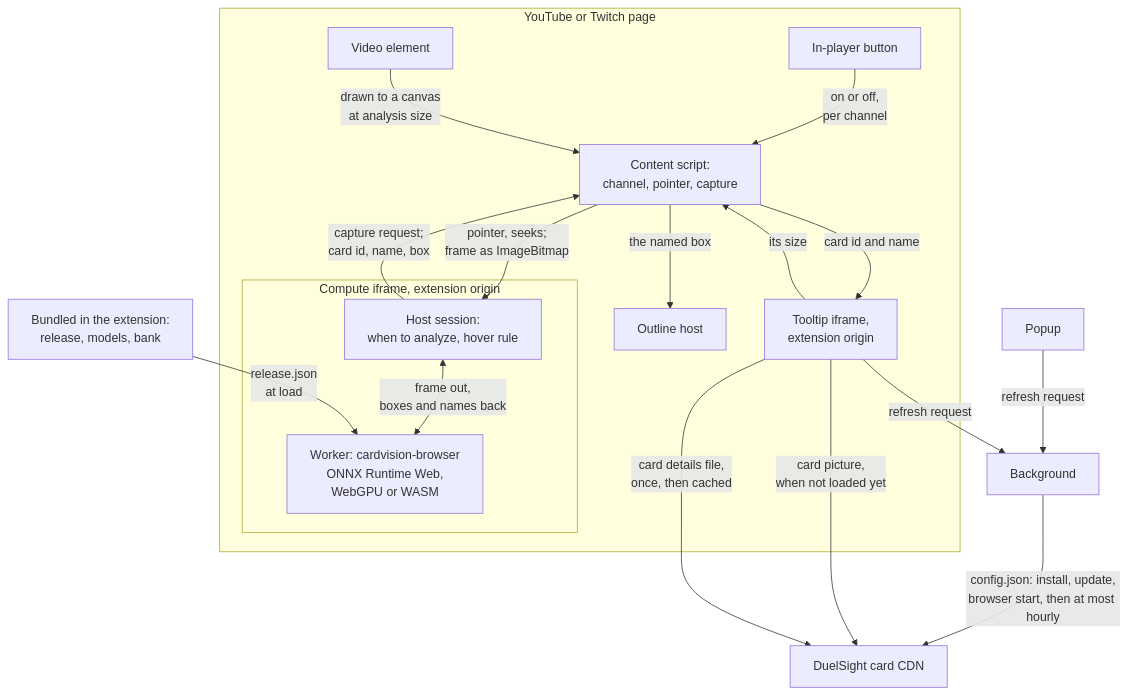
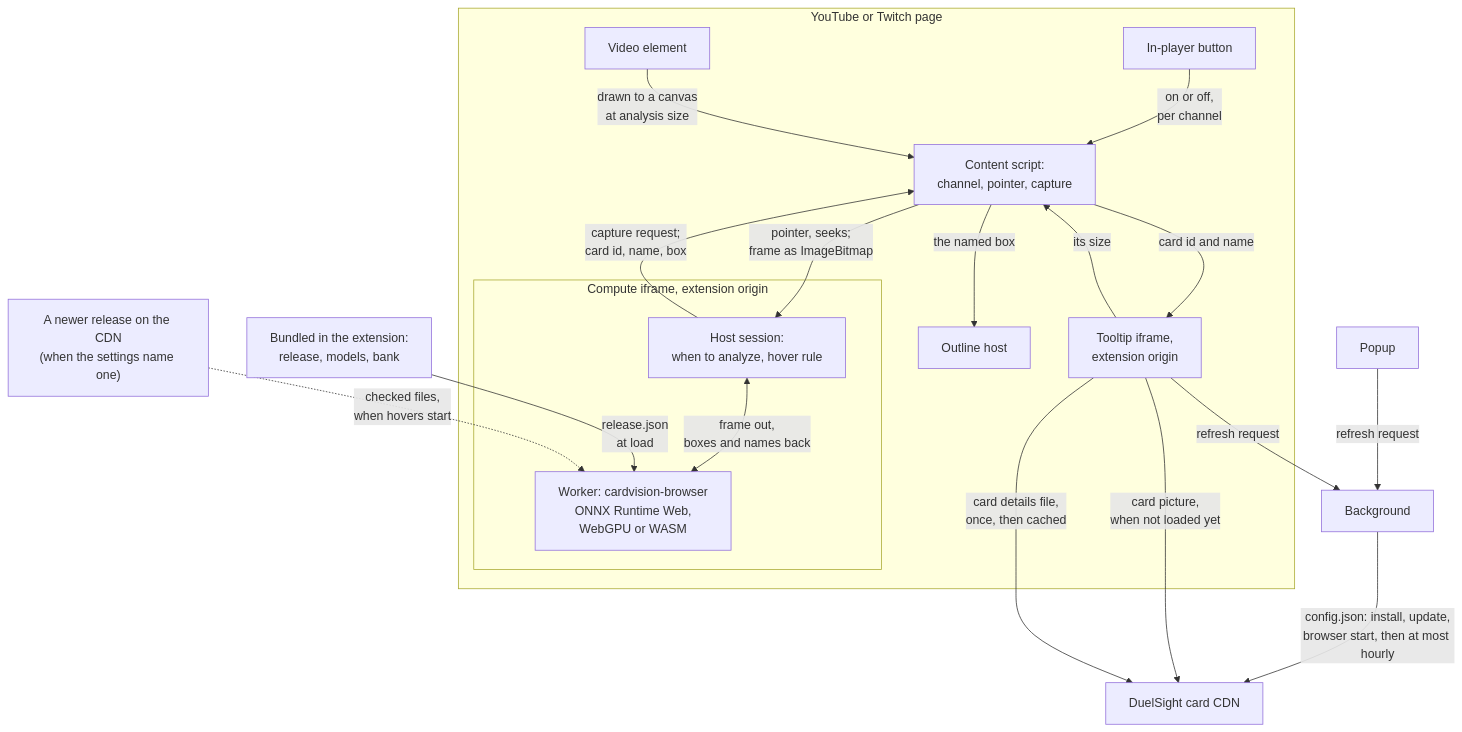
One commit to ryangswe/duelsight changed the diagram in docs/how-it-works.md. Above: the diagram before and after it, drawn with Mermaid. The commit also changed other lines of this file and 37 other files, not shown here.

````diff
--- a/docs/how-it-works.md
+++ b/docs/how-it-works.md
@@ -33,33 +33,35 @@
 ```mermaid
 flowchart TD
     subgraph PAGE["YouTube or Twitch page"]
         VID["Video element"]
         CS["Content script:<br/>channel, pointer, capture"]
         BTN["In-player button"]
         OUT["Outline host"]
         subgraph CF["Compute iframe, extension origin"]
             HS["Host session:<br/>when to analyze, hover rule"]
             W["Worker: cardvision-browser<br/>ONNX Runtime Web,<br/>WebGPU or WASM"]
         end
         TT["Tooltip iframe,<br/>extension origin"]
     end
     PKG["Bundled in the extension:<br/>release, models, bank"]
+    REL["A newer release on the CDN<br/>(when the settings name one)"]
     POP["Popup"]
     BG["Background"]
     CDN["DuelSight card CDN"]
 
     BTN -- "on or off,<br/>per channel" --> CS
     VID -- "drawn to a canvas<br/>at analysis size" --> CS
     CS -- "pointer, seeks;<br/>frame as ImageBitmap" --> HS
     HS -- "capture request;<br/>card id, name, box" --> CS
     HS <-- "frame out,<br/>boxes and names back" --> W
     PKG -- "release.json<br/>at load" --> W
+    REL -. "checked files,<br/>when hovers start" .-> W
     CS -- "card id and name" --> TT
     TT -- "its size" --> CS
     CS -- "the named box" --> OUT
     TT -- "refresh request" --> BG
     POP -- "refresh request" --> BG
     BG -- "config.json: install, update,<br/>browser start, then at most hourly" --> CDN
     TT -- "card picture,<br/>when not loaded yet" --> CDN
     TT -- "card details file,<br/>once, then cached" --> CDN
 ```
````
